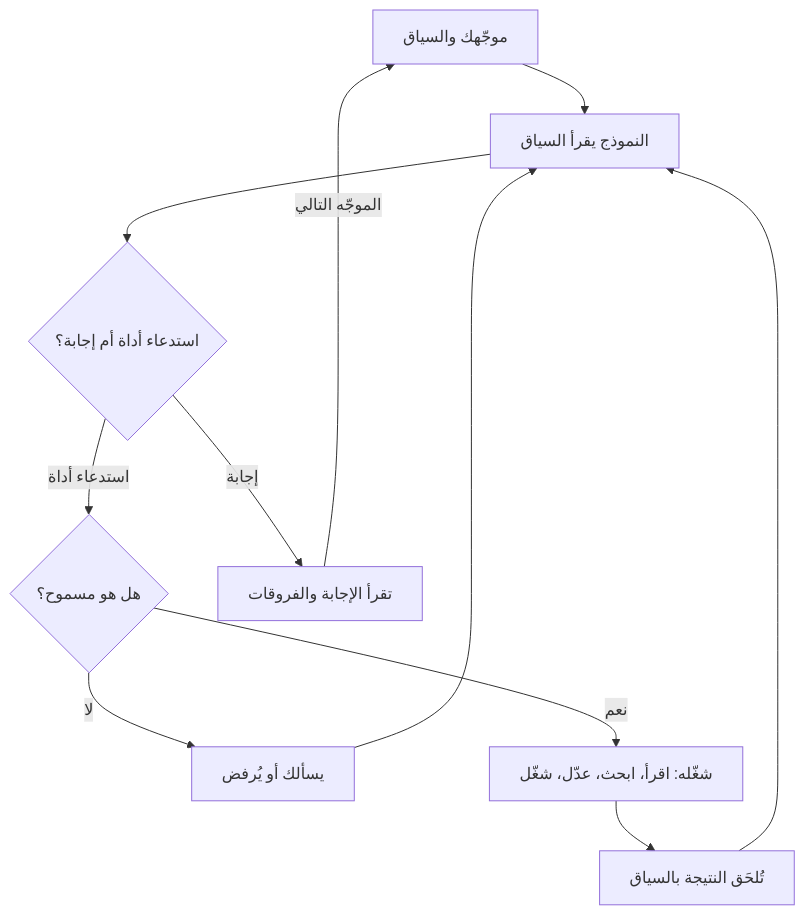
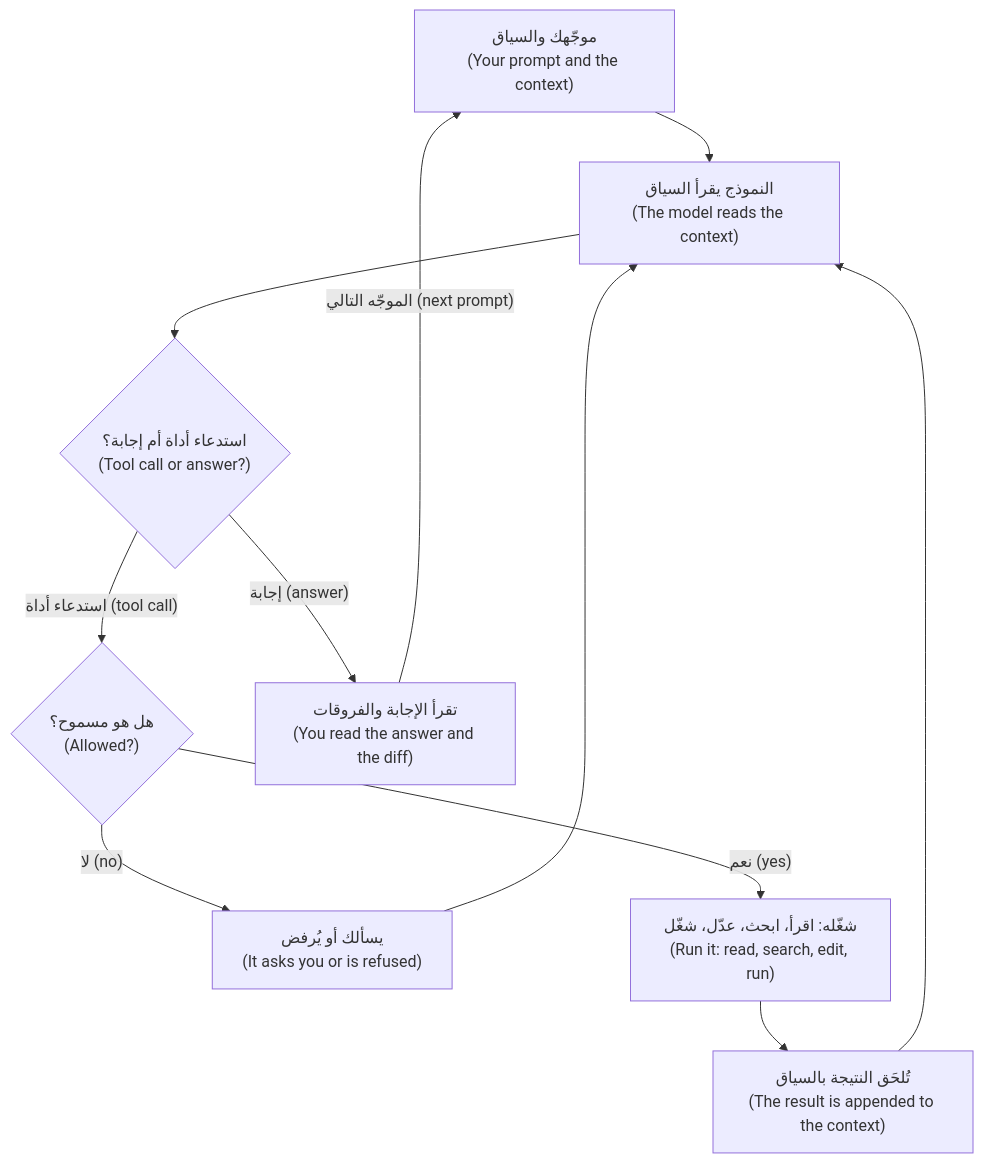
One commit to Tamoura/system-design-for-vibe-coders changed the diagram in ainative/modules/01-agents.ar.md. Above: the diagram before and after it, drawn with Mermaid. The commit also changed 83 other files, not shown here.

First line of the commit message:
AI-native engineer course: Arabic diagrams right-to-left with English glosses

````diff
--- a/ainative/modules/01-agents.ar.md
+++ b/ainative/modules/01-agents.ar.md
@@ -47,13 +47,13 @@
 ```mermaid
 flowchart TD
-    G["موجّهك والسياق"] --> M["النموذج يقرأ السياق"]
-    M --> D{"استدعاء أداة أم إجابة؟"}
-    D -->|"استدعاء أداة"| P{"هل هو مسموح؟"}
-    P -->|"لا"| Q["يسألك أو يُرفض"]
+    G["موجّهك والسياق<br/>(Your prompt and the context)"] --> M["النموذج يقرأ السياق<br/>(The model reads the context)"]
+    M --> D{"استدعاء أداة أم إجابة؟<br/>(Tool call or answer?)"}
+    D -->|"استدعاء أداة (tool call)"| P{"هل هو مسموح؟<br/>(Allowed?)"}
+    P -->|"لا (no)"| Q["يسألك أو يُرفض<br/>(It asks you or is refused)"]
     Q --> M
-    P -->|"نعم"| T["شغّله: اقرأ، ابحث، عدّل، شغّل"]
-    T --> R["تُلحَق النتيجة بالسياق"]
+    P -->|"نعم (yes)"| T["شغّله: اقرأ، ابحث، عدّل، شغّل<br/>(Run it: read, search, edit, run)"]
+    T --> R["تُلحَق النتيجة بالسياق<br/>(The result is appended to the context)"]
     R --> M
-    D -->|"إجابة"| H["تقرأ الإجابة والفروقات"]
-    H -->|"الموجّه التالي"| G
+    D -->|"إجابة (answer)"| H["تقرأ الإجابة والفروقات<br/>(You read the answer and the diff)"]
+    H -->|"الموجّه التالي (next prompt)"| G
 ```
````
